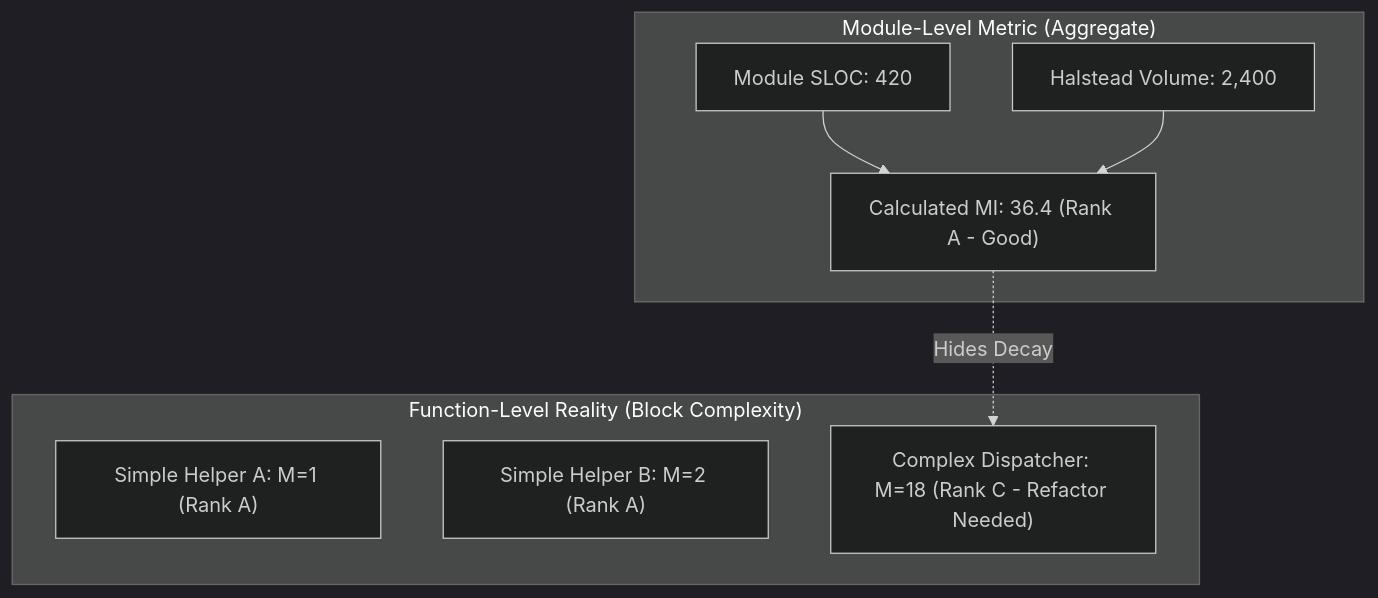
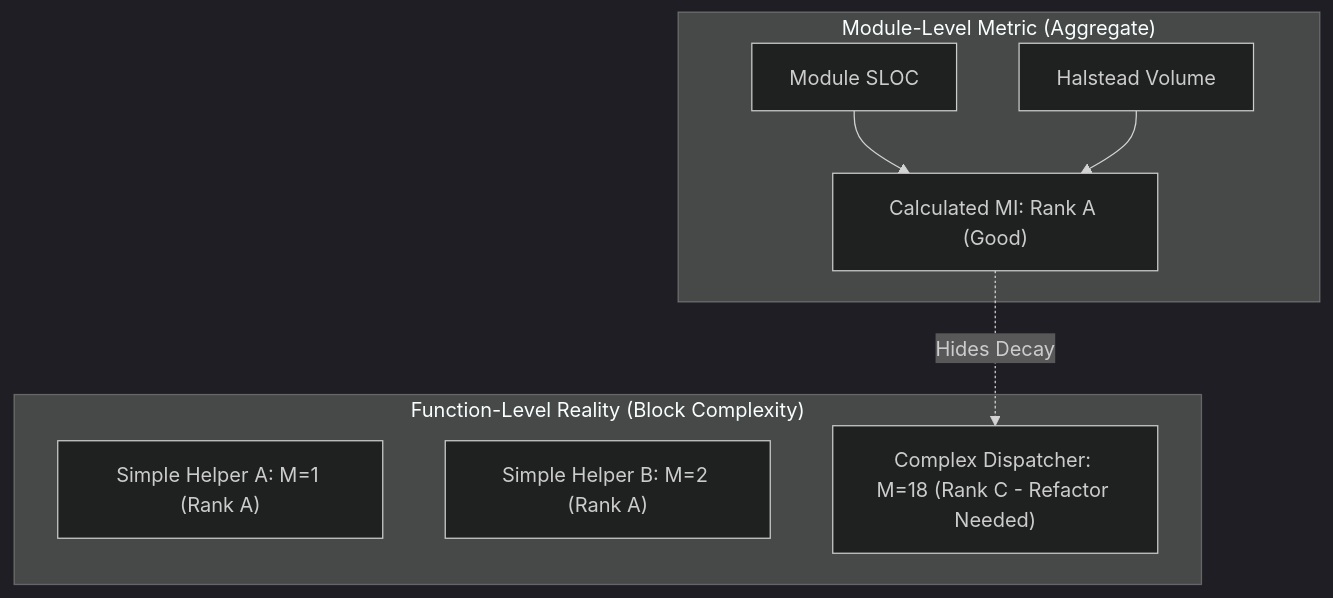
One commit to dan-petty/vibes changed the first of 2 diagrams in observations/systems/41-radon-block-complexity-ranking-in-code-smell-quantification.md. Above: the diagram before and after it, drawn with Mermaid (dark theme). The commit also changed other lines of this file and 248 other files, not shown here.

````diff
--- a/observations/systems/41-radon-block-complexity-ranking-in-code-smell-quantification.md
+++ b/observations/systems/41-radon-block-complexity-ranking-in-code-smell-quantification.md
@@ -32,17 +32,17 @@
 ```mermaid
 flowchart TD
     subgraph ModuleLevel["Module-Level Metric (Aggregate)"]
-        M1["Module SLOC: 420"]
-        M2["Halstead Volume: 2,400"]
-        M3["Calculated MI: 36.4 (Rank A - Good)"]
+        M1["Module SLOC"]
+        M2["Halstead Volume"]
+        M3["Calculated MI: Rank A (Good)"]
         M1 & M2 --> M3
     end
 
     subgraph FunctionLevel["Function-Level Reality (Block Complexity)"]
         F1["Simple Helper A: M=1 (Rank A)"]
         F2["Simple Helper B: M=2 (Rank A)"]
         F3["Complex Dispatcher: M=18 (Rank C - Refactor Needed)"]
     end
 
     M3 -.->|"Hides Decay"| F3
 ```
````
